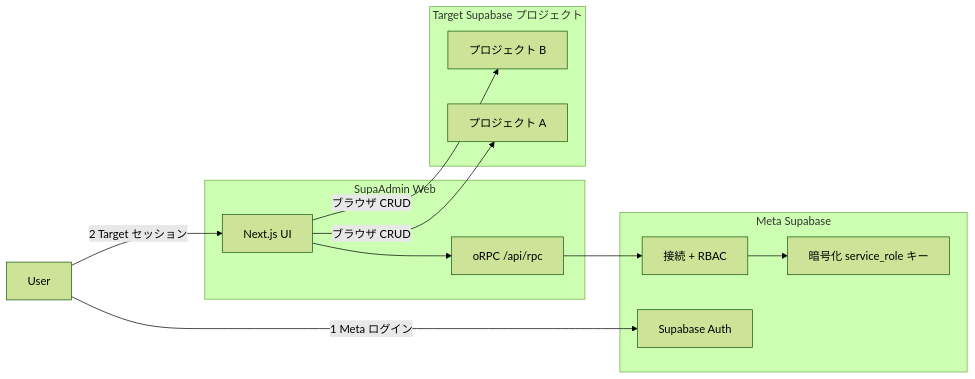
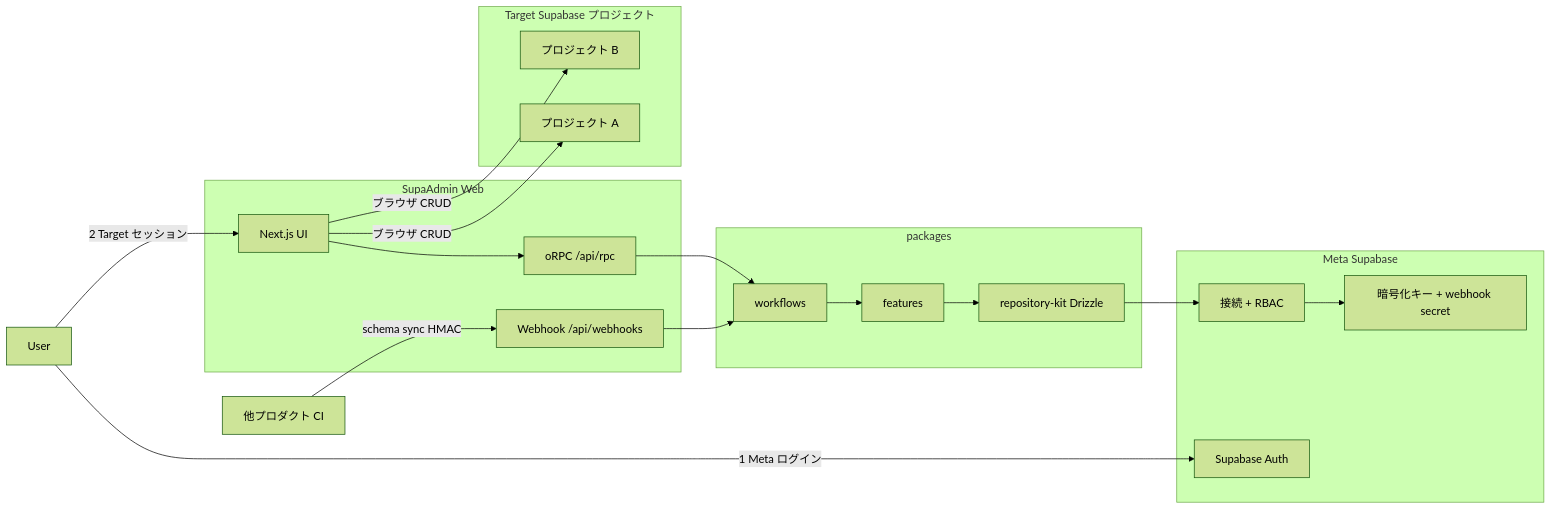
One commit to mizukendesu/supa-admin changed the diagram in docs/ja/README.md. Above: the diagram before and after it, drawn with Mermaid (forest theme). The commit also changed other lines of this file and 204 other files, not shown here.

First line of the commit message:
feat: rearch to DDD features, workflows, and architecture harness

````diff
--- a/docs/ja/README.md
+++ b/docs/ja/README.md
@@ -31,22 +31,29 @@
 ```mermaid
 flowchart LR
   subgraph meta [Meta Supabase]
     Auth[Supabase Auth]
     Registry[接続 + RBAC]
-    EncKeys[暗号化 service_role キー]
+    EncKeys[暗号化キー + webhook secret]
   end
   subgraph app [SupaAdmin Web]
     UI[Next.js UI]
     ORPC[oRPC /api/rpc]
+    WH[Webhook /api/webhooks]
+  end
+  subgraph pkg [packages]
+    WF[workflows]
+    FEAT[features]
+    RK[repository-kit Drizzle]
   end
   subgraph targets [Target Supabase プロジェクト]
     T1[プロジェクト A]
     T2[プロジェクト B]
   end
   User -->|1 Meta ログイン| Auth
-  UI --> ORPC --> Registry
+  UI --> ORPC --> WF --> FEAT --> RK --> Registry
+  CI[他プロダクト CI] -->|schema sync HMAC| WH --> WF
   User -->|2 Target セッション| UI
   UI -->|ブラウザ CRUD| T1
   UI -->|ブラウザ CRUD| T2
   Registry --> EncKeys
 ```
````
